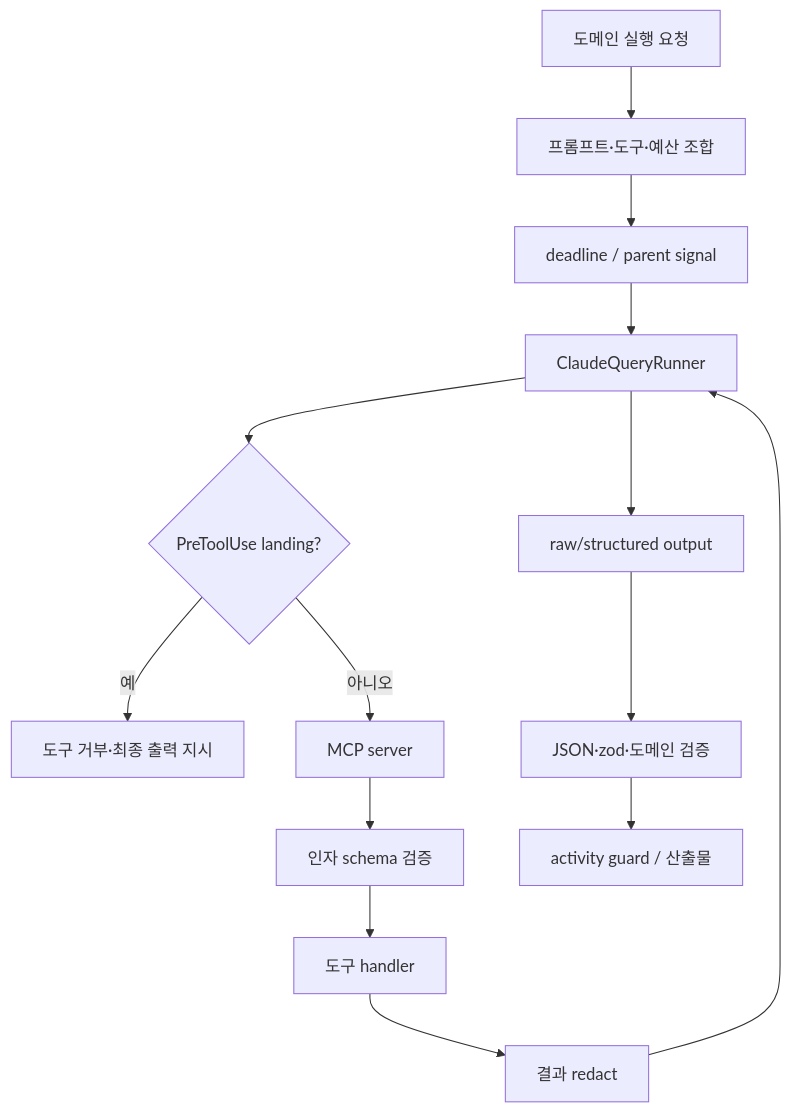
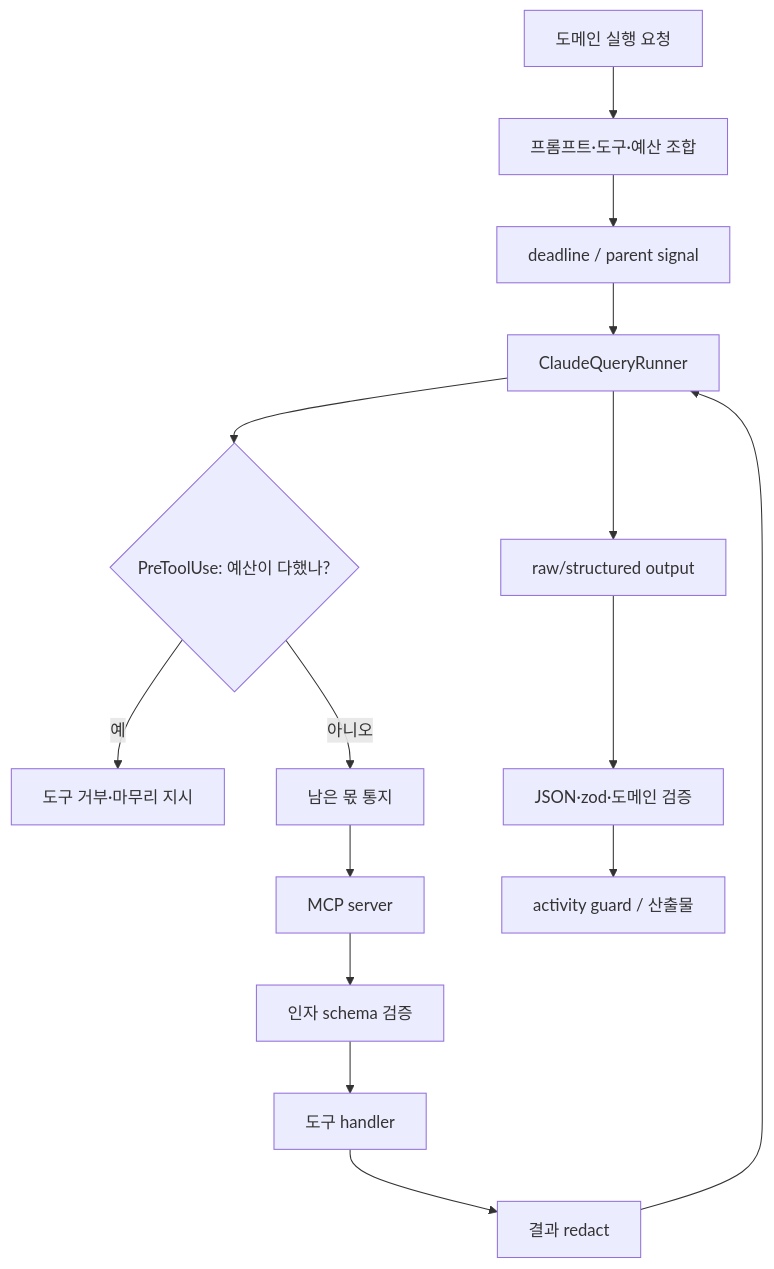
Before and after one commit to agent-tracer/tracer-agent-ts: the fourth of 7 diagrams in services/agent-worker/src/domain/README.md, drawn with Mermaid. The commit also changed other lines of this file and 2 other files, not shown here.

Commit message:
docs(repo): 안내가 도구 페이싱과 검증의 도커 요구를 말한다

````diff
--- a/services/agent-worker/src/domain/README.md
+++ b/services/agent-worker/src/domain/README.md
@@ -150,16 +150,17 @@
 ```mermaid
 flowchart TD
     R[도메인 실행 요청] --> B[프롬프트·도구·예산 조합]
     B --> D[deadline / parent signal]
     D --> Q[ClaudeQueryRunner]
-    Q --> H{PreToolUse landing?}
-    H -- 예 --> DENY[도구 거부·최종 출력 지시]
-    H -- 아니오 --> MCP[MCP server]
+    Q --> H{PreToolUse: 예산이 다했나?}
+    H -- 예 --> DENY[도구 거부·마무리 지시]
+    H -- 아니오 --> NOTICE[남은 몫 통지]
+    NOTICE --> MCP[MCP server]
     MCP --> S[인자 schema 검증]
     S --> HANDLER[도구 handler]
     HANDLER --> REDACT[결과 redact]
     REDACT --> Q
     Q --> OUT[raw/structured output]
     OUT --> PARSE[JSON·zod·도메인 검증]
     PARSE --> ACT[activity guard / 산출물]
 ```
````
